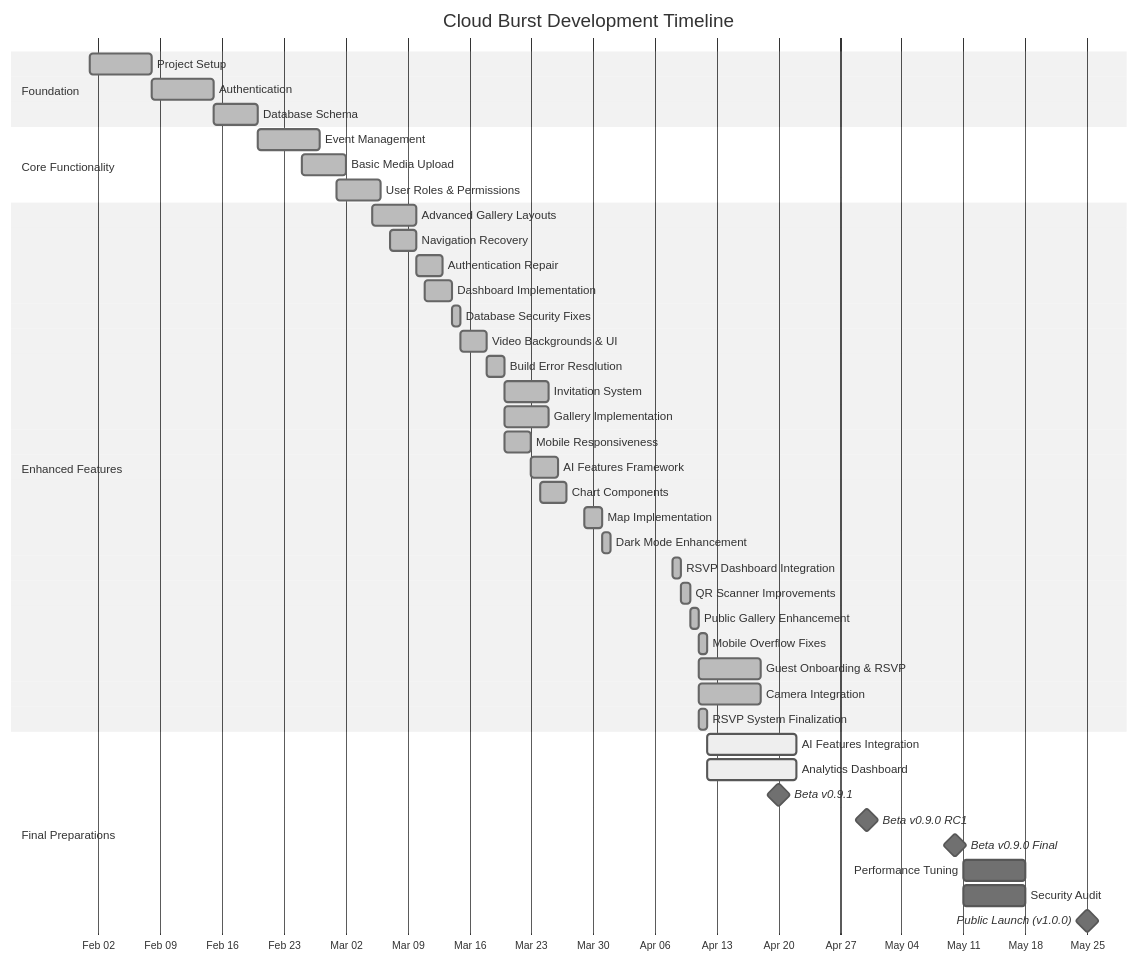
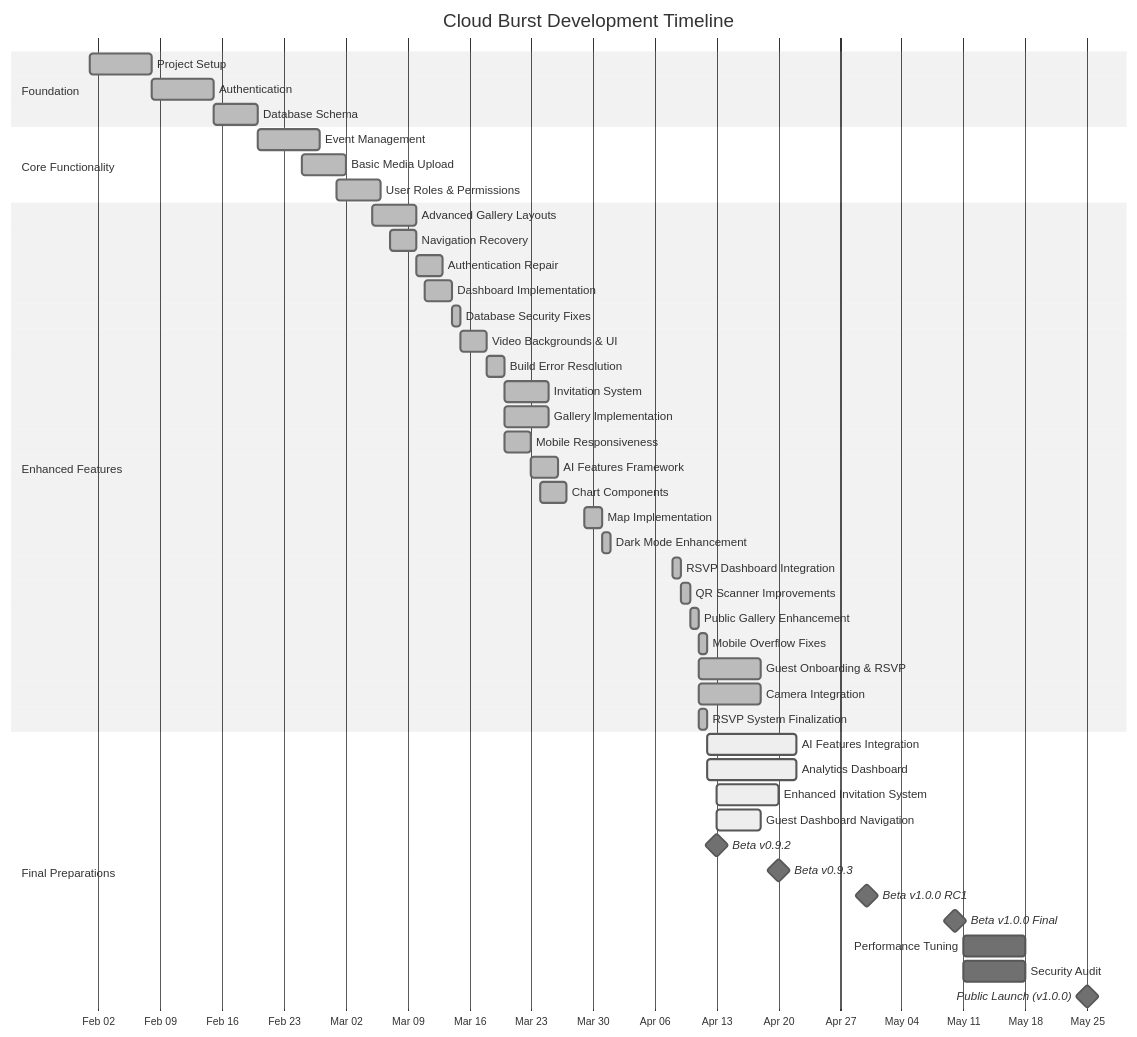
One commit to mrj0nesmtl/cloud-burst changed the first of 2 diagrams in docs/planning/roadmap.md. Above: the diagram before and after it, drawn with Mermaid (neutral theme). The commit also changed other lines of this file and 48 other files, not shown here.

````diff
--- a/docs/planning/roadmap.md
+++ b/docs/planning/roadmap.md
@@ -187,49 +196,52 @@
 ```mermaid
 gantt
     title Cloud Burst Development Timeline
     dateFormat  YYYY-MM-DD
     axisFormat %b %d
     
     section Foundation
     Project Setup           :done, f1, 2025-02-01, 7d
     Authentication          :done, f2, 2025-02-08, 7d
     Database Schema         :done, f3, 2025-02-15, 5d
     
     section Core Functionality
     Event Management        :done, c1, 2025-02-20, 7d
     Basic Media Upload      :done, c2, 2025-02-25, 5d
     User Roles & Permissions:done, c3, 2025-03-01, 5d
     
     section Enhanced Features
     Advanced Gallery Layouts:done, e1, 2025-03-05, 5d
     Navigation Recovery     :done, e2, 2025-03-07, 3d
     Authentication Repair   :done, e3, 2025-03-10, 3d
     Dashboard Implementation:done, e4, 2025-03-11, 3d
     Database Security Fixes :done, e5, 2025-03-14, 1d
     Video Backgrounds & UI  :done, e6, 2025-03-15, 3d
     Build Error Resolution  :done, e7, 2025-03-18, 2d
     Invitation System       :done, e8, 2025-03-20, 5d
     Gallery Implementation  :done, e9, 2025-03-20, 5d
     Mobile Responsiveness   :done, e10, 2025-03-20, 3d
     AI Features Framework   :done, e11, 2025-03-23, 3d
     Chart Components        :done, e14, 2025-03-24, 3d
     Map Implementation      :done, e15, 2025-03-29, 2d
     Dark Mode Enhancement   :done, e16, 2025-03-31, 1d
     RSVP Dashboard Integration :done, e17, 2025-04-08, 1d
     QR Scanner Improvements :done, e18, 2025-04-09, 1d
     Public Gallery Enhancement :done, e19, 2025-04-10, 1d
     Mobile Overflow Fixes   :done, e20, 2025-04-11, 1d
     Guest Onboarding & RSVP :done, e21, 2025-04-11, 7d
     Camera Integration      :done, e22, 2025-04-11, 7d
     RSVP System Finalization:done, e23, 2025-04-11, 1d
     
     section Final Preparations
     AI Features Integration :active, ai1, 2025-04-12, 10d
     Analytics Dashboard     :active, ad1, 2025-04-12, 10d
-    Beta v0.9.1             :milestone, b0, 2025-04-20, 0d
-    Beta v0.9.0 RC1         :milestone, b1, 2025-04-30, 0d
-    Beta v0.9.0 Final       :milestone, b2, 2025-05-10, 0d
+    Enhanced Invitation System :active, is1, 2025-04-13, 7d
+    Guest Dashboard Navigation :active, gd1, 2025-04-13, 5d
+    Beta v0.9.2             :milestone, b0, 2025-04-13, 0d
+    Beta v0.9.3             :milestone, b0a, 2025-04-20, 0d
+    Beta v1.0.0 RC1         :milestone, b1, 2025-04-30, 0d
+    Beta v1.0.0 Final       :milestone, b2, 2025-05-10, 0d
     Performance Tuning      :o1, 2025-05-11, 7d
     Security Audit          :o2, 2025-05-11, 7d
     Public Launch (v1.0.0)  :milestone, l3, 2025-05-25, 0d
 ```
````
